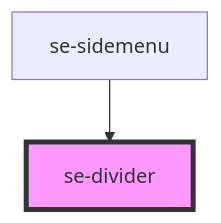
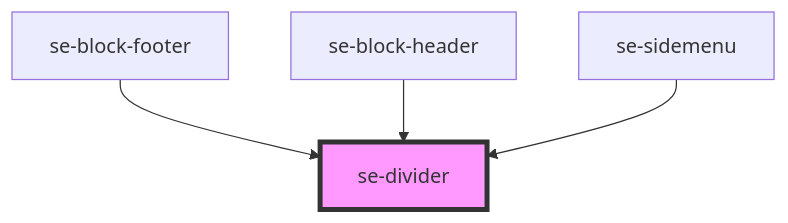
One commit to robbiemcmullense/se-web-ui changed the diagram in src-core/src/components/divider/readme.md. Above: the diagram before and after it, drawn with Mermaid. The commit also changed other lines of this file and 19 other files, not shown here.

````diff
--- a/src-core/src/components/divider/readme.md
+++ b/src-core/src/components/divider/readme.md
@@ -23,5 +25,7 @@
 ```mermaid
 graph TD;
+  se-block-footer --> se-divider
+  se-block-header --> se-divider
   se-sidemenu --> se-divider
   style se-divider fill:#f9f,stroke:#333,stroke-width:4px
 ```
````
